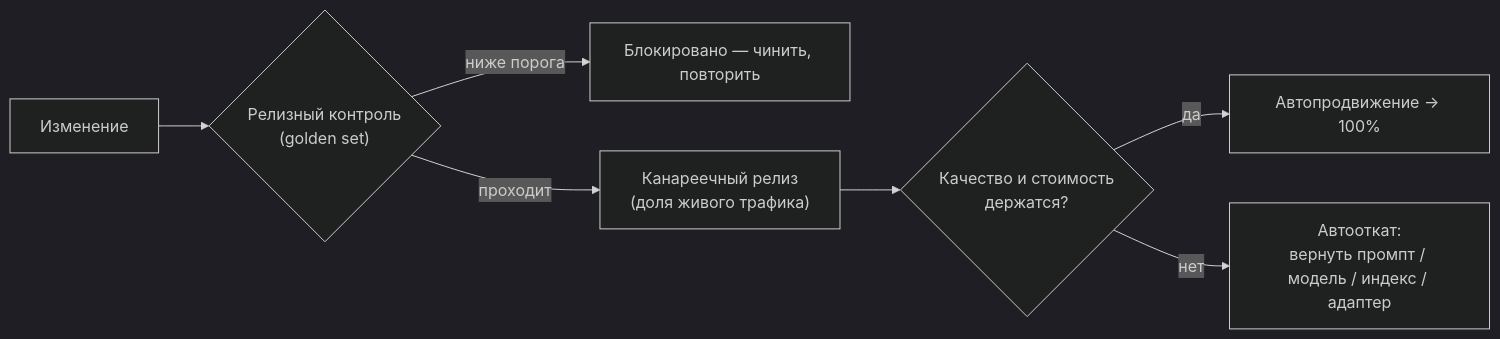
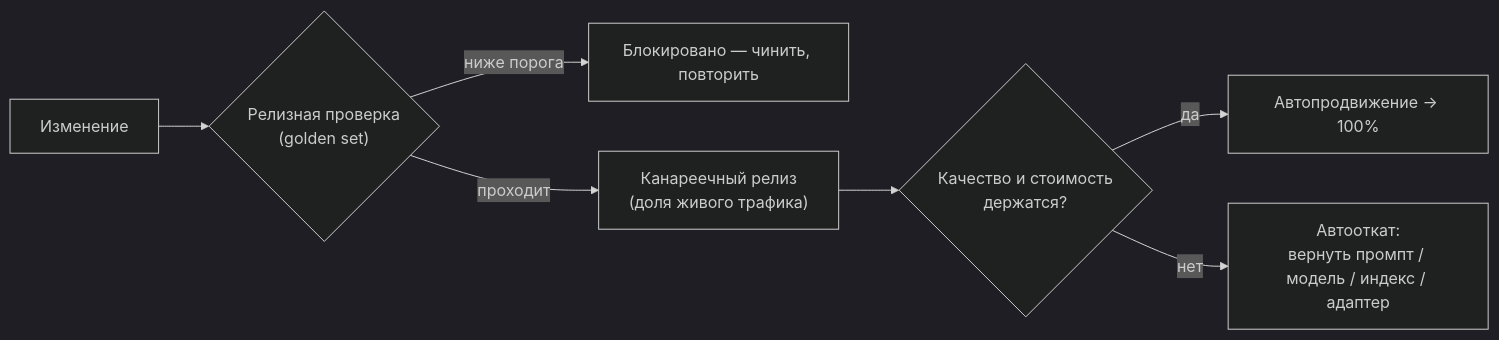
The second of 3 diagrams in i18n/ru/docusaurus-plugin-content-docs/current/part-3-production/llmops/deep-dive.md (NikolaiSachok/ai-engineering-handbook), drawn with Mermaid (dark theme) before and after one commit. The commit also changed other lines of this file and 8 other files, not shown here.

````diff
--- a/i18n/ru/docusaurus-plugin-content-docs/current/part-3-production/llmops/deep-dive.md
+++ b/i18n/ru/docusaurus-plugin-content-docs/current/part-3-production/llmops/deep-dive.md
@@ -194,9 +194,9 @@
 ```mermaid
 flowchart LR
-    C["Изменение"] --> EG{"Релизный контроль<br/>(golden set)"}
+    C["Изменение"] --> EG{"Релизная проверка<br/>(golden set)"}
     EG -->|ниже порога| BLK["Блокировано — чинить, повторить"]
     EG -->|проходит| CAN["Канареечный релиз<br/>(доля живого трафика)"]
     CAN --> W{"Качество и стоимость<br/>держатся?"}
     W -->|да| PROMO["Автопродвижение → 100%"]
     W -->|нет| RB["Автооткат:<br/>вернуть промпт / модель / индекс / адаптер"]
 ```
````
